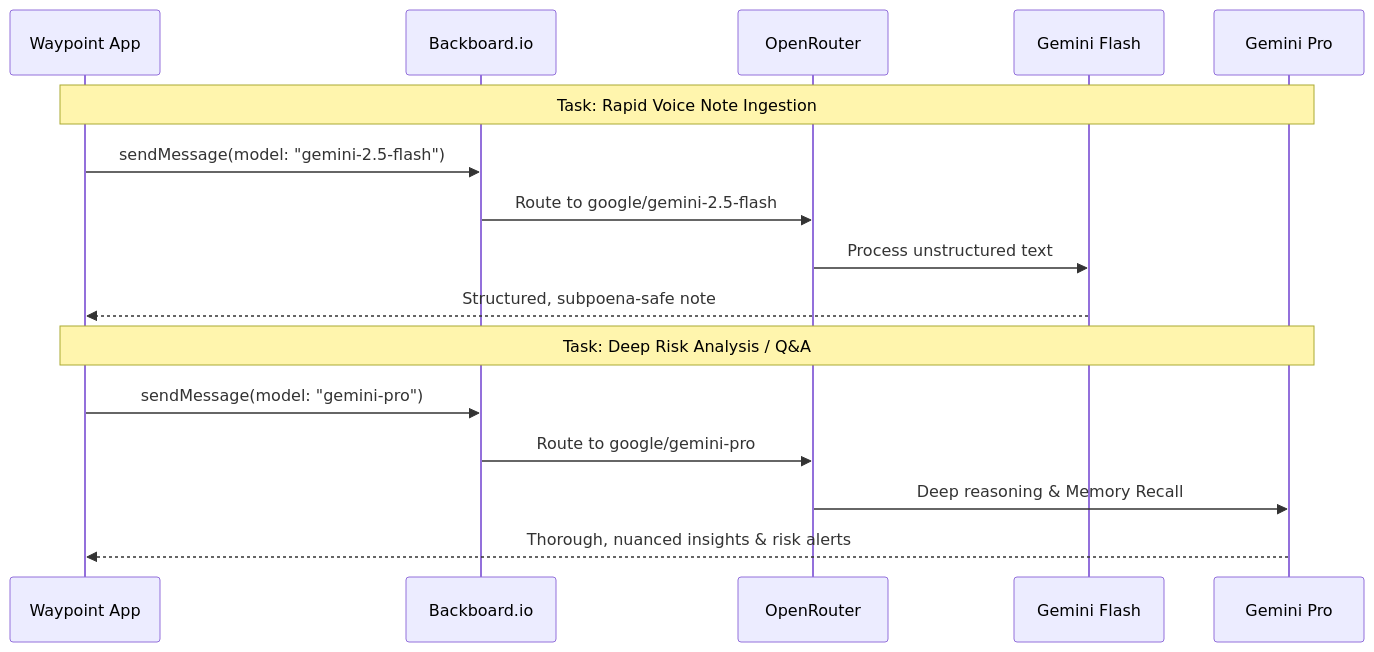
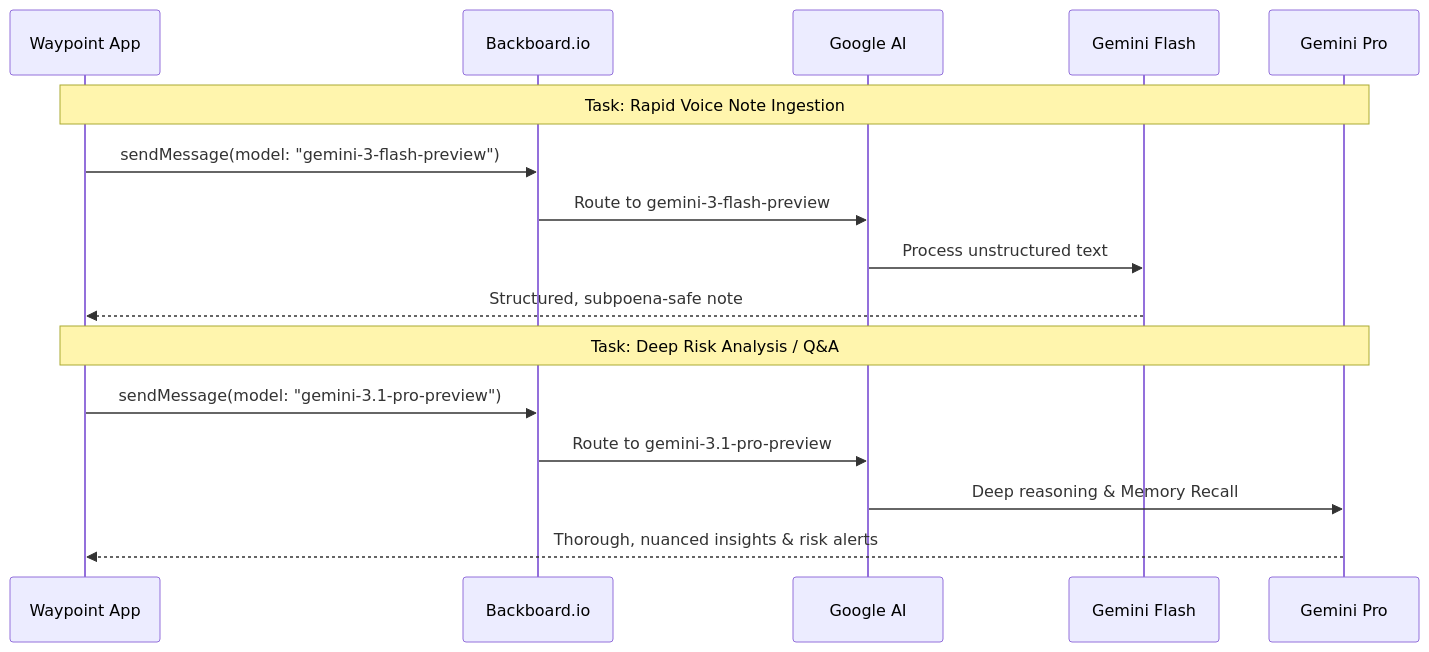
Before and after one commit to waypoint9404-ops/hackcanada: the first of 3 diagrams in docs/BACKBOARD.md, drawn with Mermaid. The commit also changed other lines of this file and 2 other files, not shown here.

Commit message:
refactor: Switch Gemini model integration from OpenRouter to native Google API.

````diff
--- a/docs/BACKBOARD.md
+++ b/docs/BACKBOARD.md
@@ -20,20 +20,21 @@
 ```mermaid
 sequenceDiagram
     participant App as Waypoint App
     participant BB as Backboard.io
-    participant OpenRouter as OpenRouter
+    participant Google as Google AI
     participant Flash as Gemini Flash
     participant Pro as Gemini Pro
 
     Note over App, Pro: Task: Rapid Voice Note Ingestion
-    App->>BB: sendMessage(model: "gemini-2.5-flash")
-    BB->>OpenRouter: Route to google/gemini-2.5-flash
-    OpenRouter->>Flash: Process unstructured text
+    App->>BB: sendMessage(model: "gemini-3-flash-preview")
+    BB->>Google: Route to gemini-3-flash-preview
+    Google->>Flash: Process unstructured text
     Flash-->>App: Structured, subpoena-safe note
     
     Note over App, Pro: Task: Deep Risk Analysis / Q&A
-    App->>BB: sendMessage(model: "gemini-pro")
-    BB->>OpenRouter: Route to google/gemini-pro
-    OpenRouter->>Pro: Deep reasoning & Memory Recall
+    App->>BB: sendMessage(model: "gemini-3.1-pro-preview")
+    BB->>Google: Route to gemini-3.1-pro-preview
+    Google->>Pro: Deep reasoning & Memory Recall
     Pro-->>App: Thorough, nuanced insights & risk alerts
+
 ```
````
